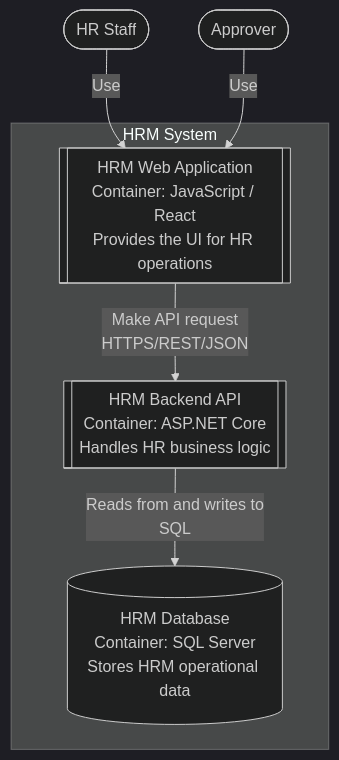
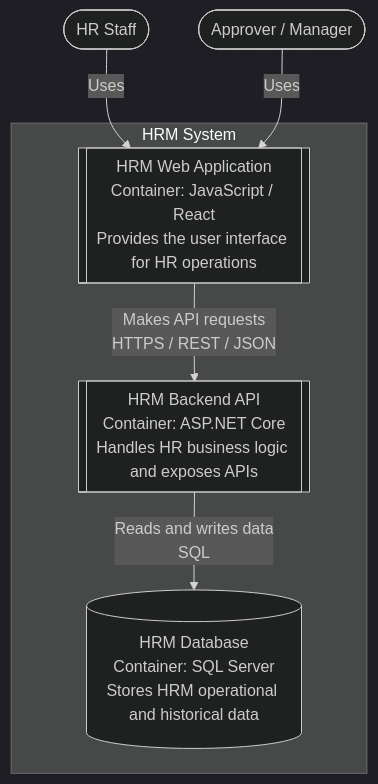
One commit to sang2197/QuanLyNhanSu-NguyenVanSang changed the second of 3 diagrams in Docs/c4/README.md. Above: the diagram before and after it, drawn with Mermaid (dark theme). The commit also changed other lines of this file and 30 other files, not shown here.

````diff
--- a/Docs/c4/README.md
+++ b/Docs/c4/README.md
@@ -31,16 +60,16 @@
 ```mermaid
 flowchart TB
     HR([HR Staff])
-    APR([Approver])
+    APR([Approver / Manager])
 
     subgraph HRM["HRM System"]
-        WEB[["HRM Web Application<br/>Container: JavaScript / React<br/>Provides the UI for HR operations"]]
-        API[["HRM Backend API<br/>Container: ASP.NET Core<br/>Handles HR business logic"]]
-        DB[("HRM Database<br/>Container: SQL Server<br/>Stores HRM operational data")]
+        WEB[["HRM Web Application<br/>Container: JavaScript / React<br/>Provides the user interface for HR operations"]]
+        API[["HRM Backend API<br/>Container: ASP.NET Core<br/>Handles HR business logic and exposes APIs"]]
+        DB[("HRM Database<br/>Container: SQL Server<br/>Stores HRM operational and historical data")]
     end
 
-    HR -->|Use| WEB
-    APR -->|Use| WEB
-    WEB -->|Make API request<br/>HTTPS/REST/JSON| API
-    API -->|Reads from and writes to<br/>SQL| DB
+    HR -->|Uses| WEB
+    APR -->|Uses| WEB
+    WEB -->|Makes API requests<br/>HTTPS / REST / JSON| API
+    API -->|Reads and writes data<br/>SQL| DB
 ```
````
